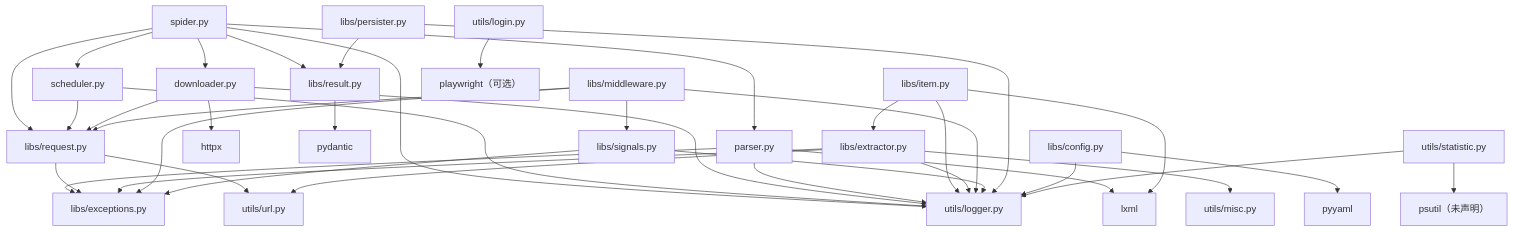
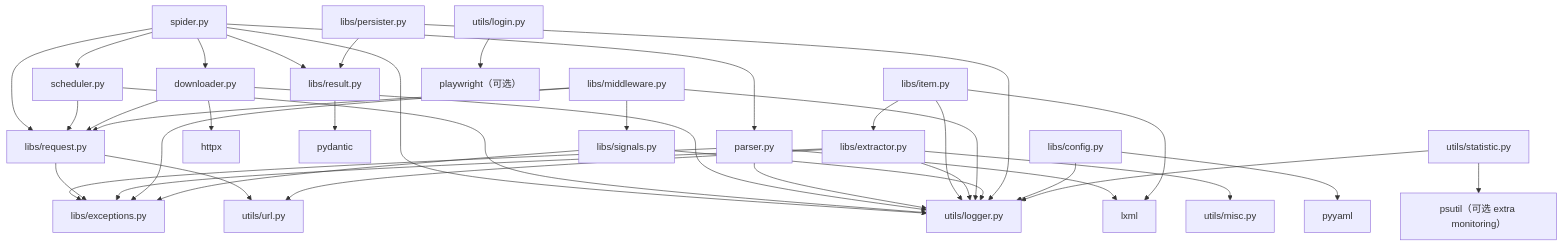
The diagram in docs/wiki/06-dependencies.md (fengqimin/WebAnts), drawn with Mermaid before and after one commit. The commit also changed other lines of this file and 15 other files, not shown here.

````diff
--- a/docs/wiki/06-dependencies.md
+++ b/docs/wiki/06-dependencies.md
@@ -42,52 +41,52 @@
 ```mermaid
 flowchart TD
     SP["spider.py"] --> DL["downloader.py"]
     SP --> SCH["scheduler.py"]
     SP --> PS["parser.py"]
     SP --> REQ["libs/request.py"]
     SP --> RES["libs/result.py"]
     SP --> LOG["utils/logger.py"]
 
     SCH --> REQ
     SCH --> LOG
 
     DL --> REQ
     DL --> LOG
     DL --> HTTPX["httpx"]
 
     PS --> EXC["libs/exceptions.py"]
     PS --> LOG
     PS --> LXML["lxml"]
 
     REQ --> EXC
     REQ --> URL["utils/url.py"]
 
     RES --> PYD["pydantic"]
 
     ITEM["libs/item.py"] --> EXT["libs/extractor.py"]
     ITEM --> LOG
     ITEM --> LXML
     EXT --> EXC
     EXT --> LOG
     EXT --> MISC["utils/misc.py"]
     EXT --> URL
 
     MW["libs/middleware.py"] --> EXC
     MW --> REQ
     MW --> SIG["libs/signals.py"]
     MW --> LOG
 
     SIG --> EXC
     SIG --> LOG
 
     PER["libs/persister.py"] --> RES
     PER --> LOG
 
     CFG["libs/config.py"] --> LOG
     CFG --> YAML["pyyaml"]
 
     STAT["utils/statistic.py"] --> LOG
-    STAT --> PSUTIL["psutil（未声明）"]
+    STAT --> PSUTIL["psutil（可选 extra monitoring）"]
 
     LOGIN["utils/login.py"] --> PW["playwright（可选）"]
 ```
````
